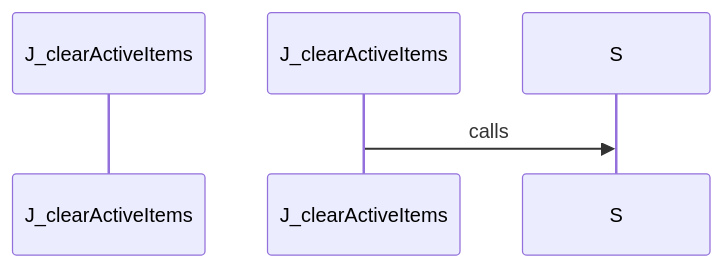
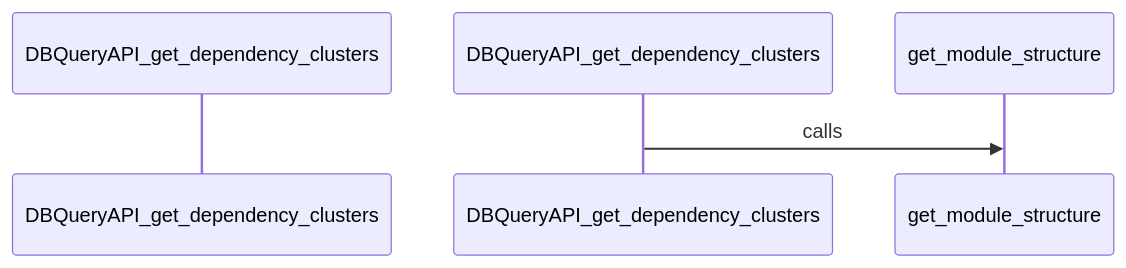
Before and after one commit to hazalkoom/DECODEx01: diagram 13 of 27 in docs/CALL_FLOW.md, drawn with Mermaid. The commit also changed other lines of this file and 12 other files, not shown here.

````diff
--- a/docs/CALL_FLOW.md
+++ b/docs/CALL_FLOW.md
@@ -703,9 +569,9 @@
 ```mermaid
 sequenceDiagram
-    participant Start as J_clearActiveItems
+    participant Start as DBQueryAPI_get_dependency_clusters
 
 
-    J_clearActiveItems->>S: calls
+    DBQueryAPI_get_dependency_clusters->>get_module_structure: calls
 
 
 ```
````
